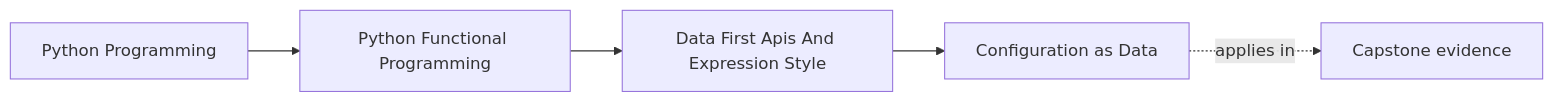
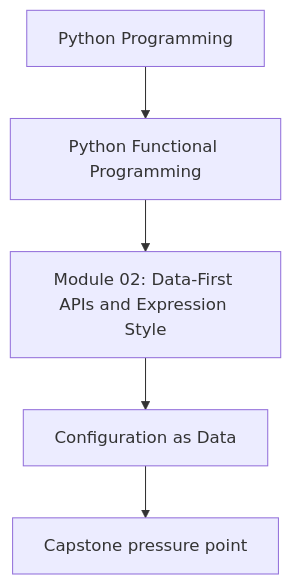
One commit to bijux/bijux-masterclass changed the first of 2 diagrams in programs/python-programming/python-functional-programming/course-book/module-02-data-first-apis-and-expression-style/configuration-as-data.md. Above: the diagram before and after it, drawn with Mermaid. The commit also changed other lines of this file and 118 other files, not shown here.

Commit message:
docs(python-functional-programming): align concept page diagrams

````diff
--- a/programs/python-programming/python-functional-programming/course-book/module-02-data-first-apis-and-expression-style/configuration-as-data.md
+++ b/programs/python-programming/python-functional-programming/course-book/module-02-data-first-apis-and-expression-style/configuration-as-data.md
@@ -7,11 +7,7 @@
 ```mermaid
-graph LR
-  family["Python Programming"]
-  program["Python Functional Programming"]
-  section["Data First Apis And Expression Style"]
-  page["Configuration as Data"]
-  capstone["Capstone evidence"]
-
-  family --> program --> section --> page
-  page -.applies in.-> capstone
+flowchart TD
+  family["Python Programming"] --> program["Python Functional Programming"]
+  program --> module["Module 02: Data-First APIs and Expression Style"]
+  module --> concept["Configuration as Data"]
+  concept --> capstone["Capstone pressure point"]
 ```
````
